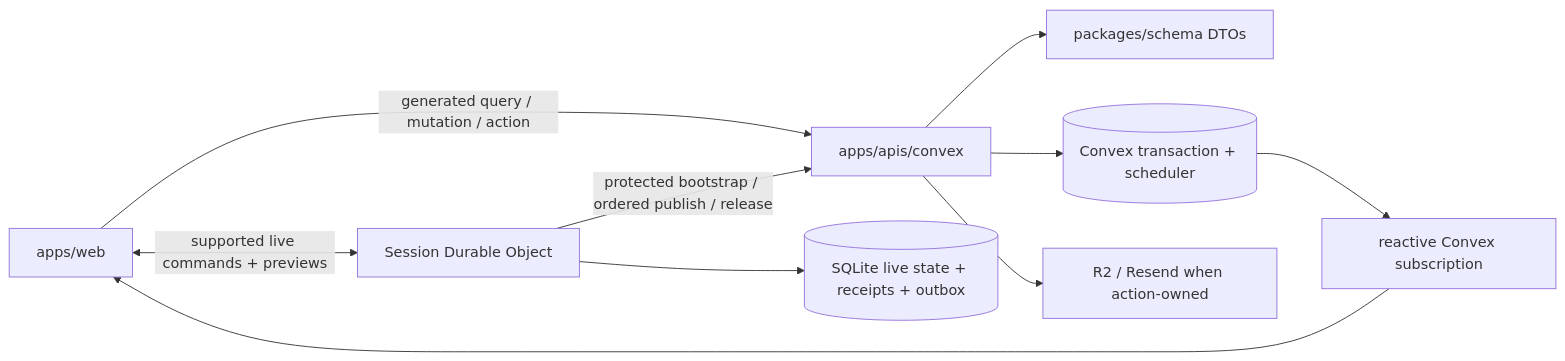
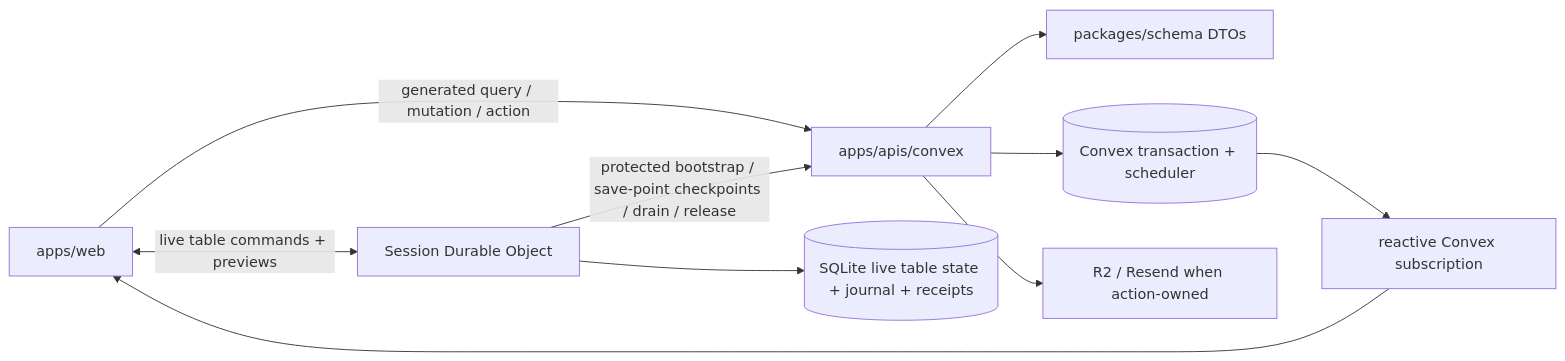
The first of 5 diagrams in docs/architecture/transport.md (MPiland/artificer-toolkit), drawn with Mermaid before and after one commit. The commit also changed other lines of this file and 5 other files, not shown here.

First line of the commit message:
PERF-3.T1: architecture guides describe the room-authoritative design

````diff
--- a/docs/architecture/transport.md
+++ b/docs/architecture/transport.md
@@ -16,11 +16,11 @@
 ```mermaid
 flowchart LR
   Web["apps/web"] -->|generated query / mutation / action| Api["apps/apis/convex"]
-  Web <-->|supported live commands + previews| Worker["Session Durable Object"]
-  Worker -->|protected bootstrap / ordered publish / release| Api
-  Worker --> Live[("SQLite live state + receipts + outbox")]
+  Web <-->|live table commands + previews| Worker["Session Durable Object"]
+  Worker -->|protected bootstrap / save-point checkpoints / drain / release| Api
+  Worker --> Live[("SQLite live table state + journal + receipts")]
   Api --> Contracts["packages/schema DTOs"]
   Api --> Db[("Convex transaction + scheduler")]
   Api --> External["R2 / Resend when action-owned"]
   Db --> Subscription["reactive Convex subscription"] --> Web
 ```
````
